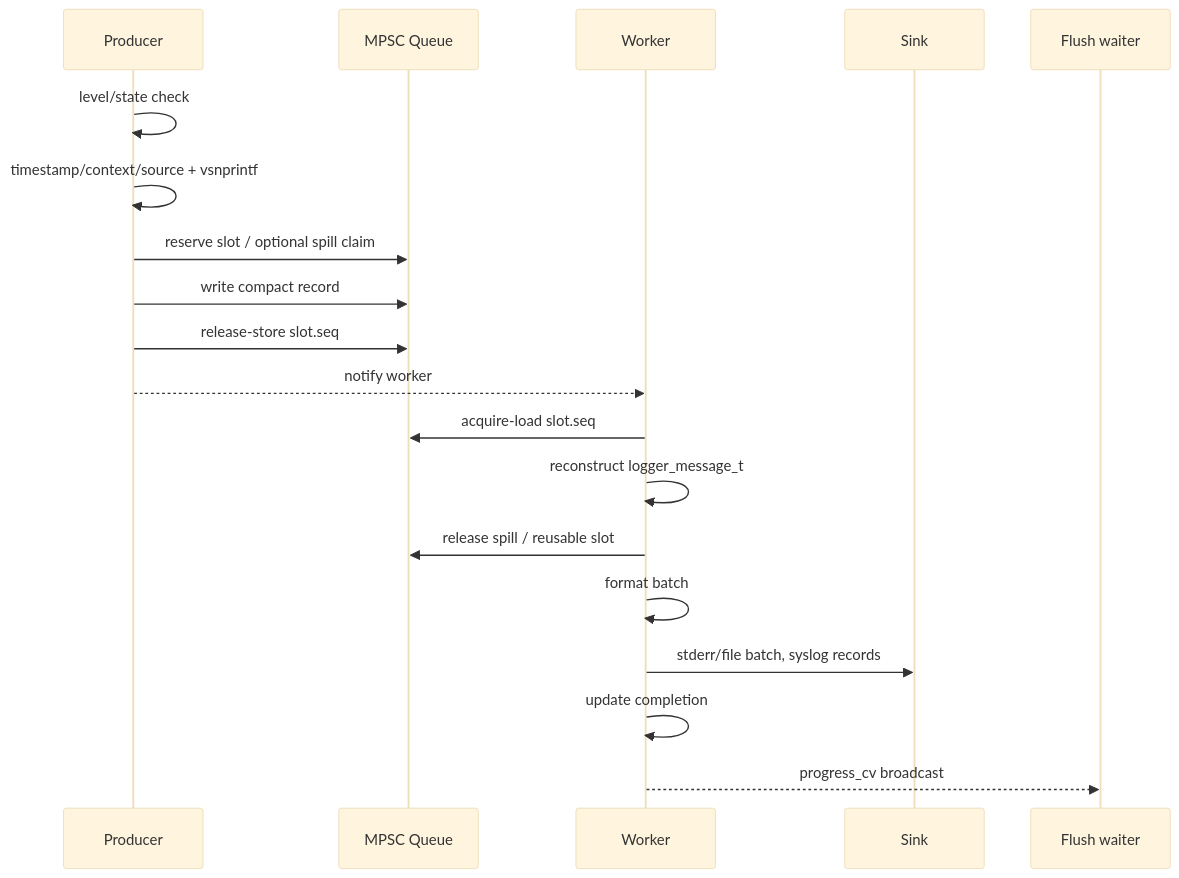
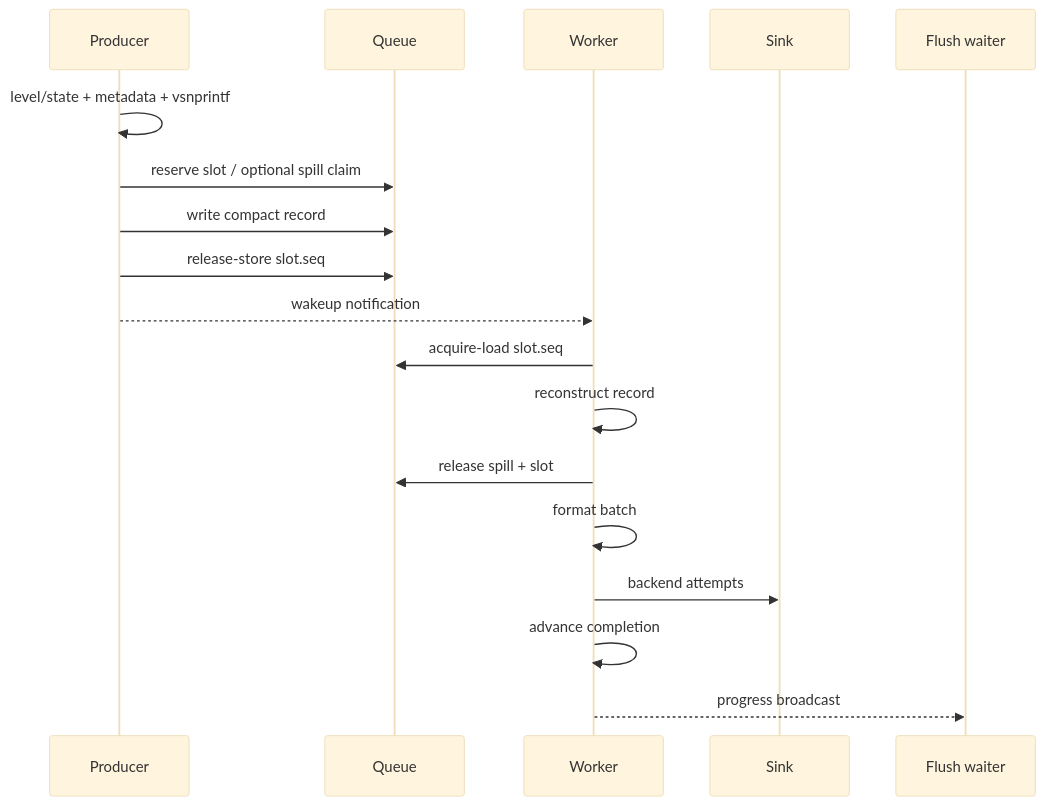
One commit to MyBlackHole/c-logger changed the third of 5 diagrams in docs/ARCHITECTURE.md. Above: the diagram before and after it, drawn with Mermaid (base theme). The commit also changed other lines of this file and 4 other files, not shown here.

Commit message:
docs: separate architecture review invariants

````diff
--- a/docs/ARCHITECTURE.md
+++ b/docs/ARCHITECTURE.md
@@ -360,22 +276,21 @@
 ```mermaid
 sequenceDiagram
     participant P as Producer
-    participant Q as MPSC Queue
+    participant Q as Queue
     participant W as Worker
     participant S as Sink
     participant F as Flush waiter
 
-    P->>P: level/state check
-    P->>P: timestamp/context/source + vsnprintf
+    P->>P: level/state + metadata + vsnprintf
     P->>Q: reserve slot / optional spill claim
     P->>Q: write compact record
     P->>Q: release-store slot.seq
-    P-->>W: notify worker
+    P-->>W: wakeup notification
     W->>Q: acquire-load slot.seq
-    W->>W: reconstruct logger_message_t
-    W->>Q: release spill / reusable slot
+    W->>W: reconstruct record
+    W->>Q: release spill + slot
     W->>W: format batch
-    W->>S: stderr/file batch, syslog records
-    W->>W: update completion
-    W-->>F: progress_cv broadcast
+    W->>S: backend attempts
+    W->>W: advance completion
+    W-->>F: progress broadcast
 ```
````
